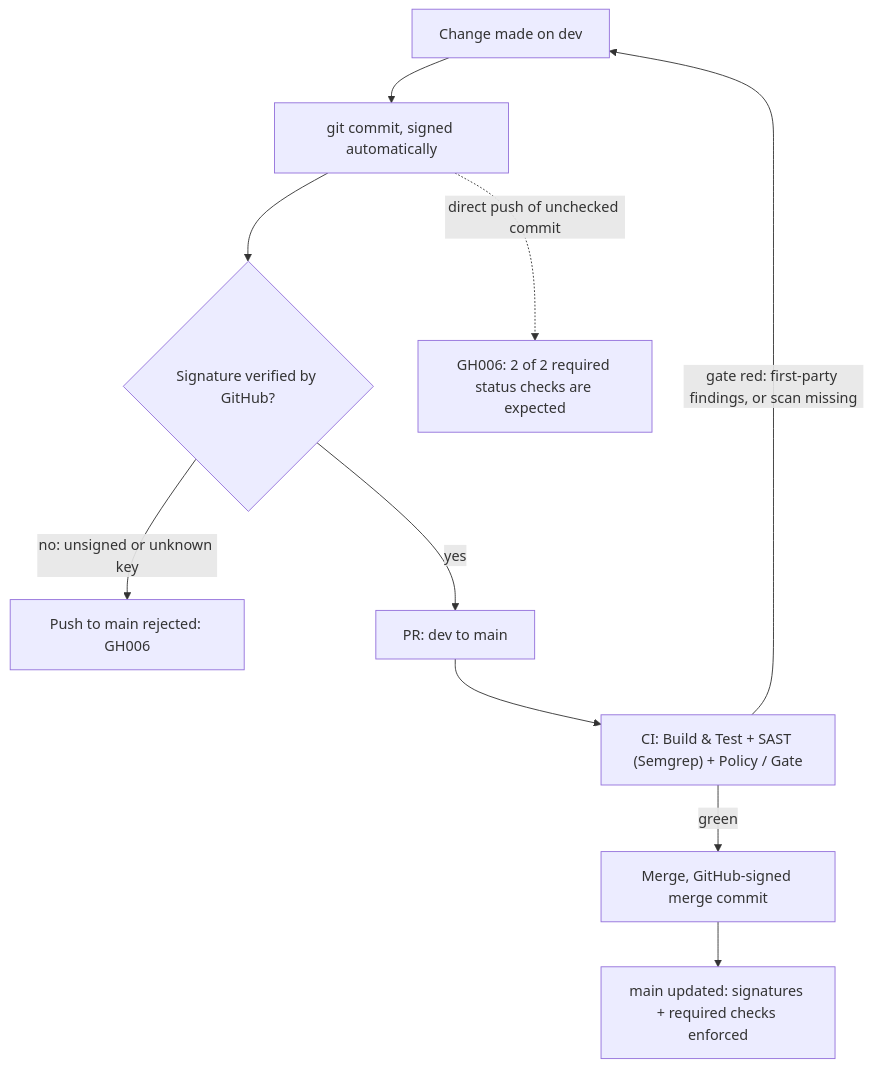
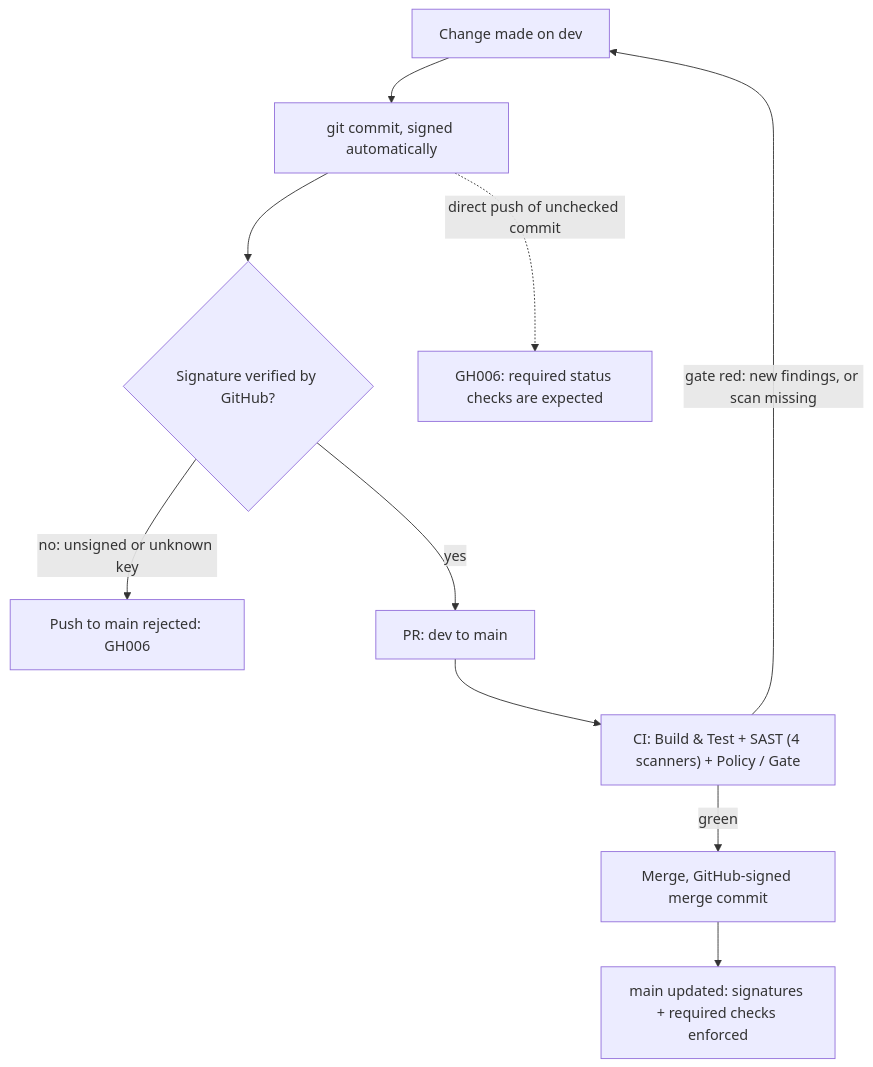
One commit to enofei/caller-repo changed the diagram in README.md. Above: the diagram before and after it, drawn with Mermaid. The commit also changed other lines of this file and 9 other files, not shown here.

````diff
--- a/README.md
+++ b/README.md
@@ -108,12 +139,12 @@
 ```mermaid
 flowchart TD
     A["Change made on dev"] --> B["git commit, signed automatically"]
     B --> C{"Signature verified by GitHub?"}
     C -->|"no: unsigned or unknown key"| D["Push to main rejected: GH006"]
     C -->|yes| G["PR: dev to main"]
-    G --> H["CI: Build & Test + SAST (Semgrep) + Policy / Gate"]
-    H -->|"gate red: first-party findings, or scan missing"| A
+    G --> H["CI: Build & Test + SAST (4 scanners) + Policy / Gate"]
+    H -->|"gate red: new findings, or scan missing"| A
     H -->|green| I["Merge, GitHub-signed merge commit"]
     I --> J["main updated: signatures + required checks enforced"]
-    B -.->|"direct push of unchecked commit"| K["GH006: 2 of 2 required status checks are expected"]
+    B -.->|"direct push of unchecked commit"| K["GH006: required status checks are expected"]
 ```
````
